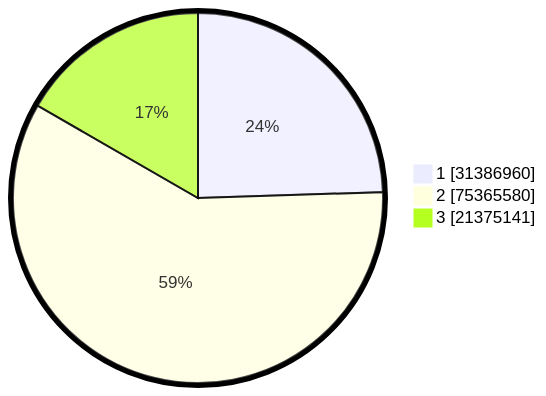
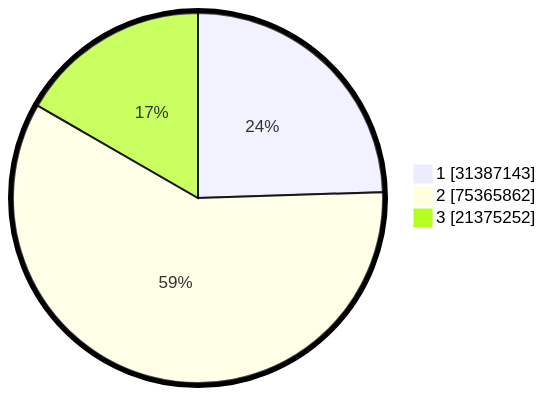
Before and after one commit to gigit-pemilu/pemilu-2024: the second of 2 diagrams in pilpres/hitung-suara/README.md, drawn with Mermaid. The commit also changed other lines of this file and 6 other files, not shown here.

````diff
--- a/pilpres/hitung-suara/README.md
+++ b/pilpres/hitung-suara/README.md
@@ -93,7 +93,7 @@
 ```mermaid
 %%{init: {"pie": {"textPosition": 0.5}, "themeVariables": {"pieOuterStrokeWidth": "5px"}} }%%
 pie showData
-    "1" : 31386960
-    "2" : 75365580
-    "3" : 21375141
+    "1" : 31387143
+    "2" : 75365862
+    "3" : 21375252
 ```
````
